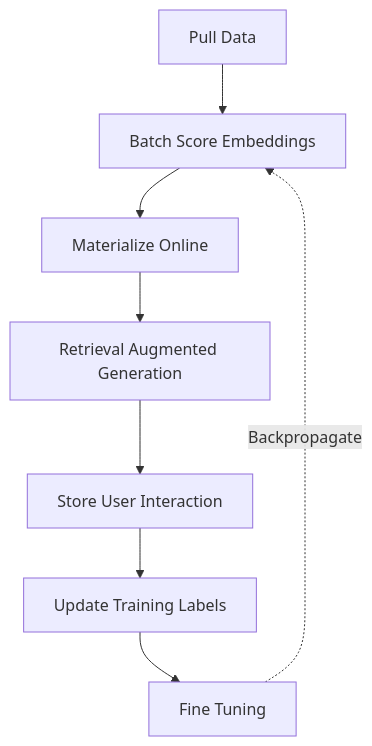
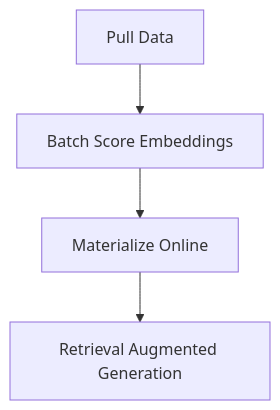
One commit to feast-dev/feast-workshop changed the diagram in module_4_rag/README.md. Above: the diagram before and after it, drawn with Mermaid. The commit also changed other lines of this file, not shown here.

Commit message:
updated diagram

````diff
--- a/module_4_rag/README.md
+++ b/module_4_rag/README.md
@@ -48,10 +48,6 @@
 ```mermaid
 flowchart TD;
     A[Pull Data] --> B[Batch Score Embeddings];
     B[Batch Score Embeddings] --> C[Materialize Online];
     C[Materialize Online] --> D[Retrieval Augmented Generation];
-    D[Retrieval Augmented Generation] --> E[Store User Interaction];
-    E[Store User Interaction] --> F[Update Training Labels];
-    F[Update Training Labels] --> H[Fine Tuning];
-    H[Fine Tuning] -. Backpropagate .-> B[Batch Score Embeddings];
 ```
````
